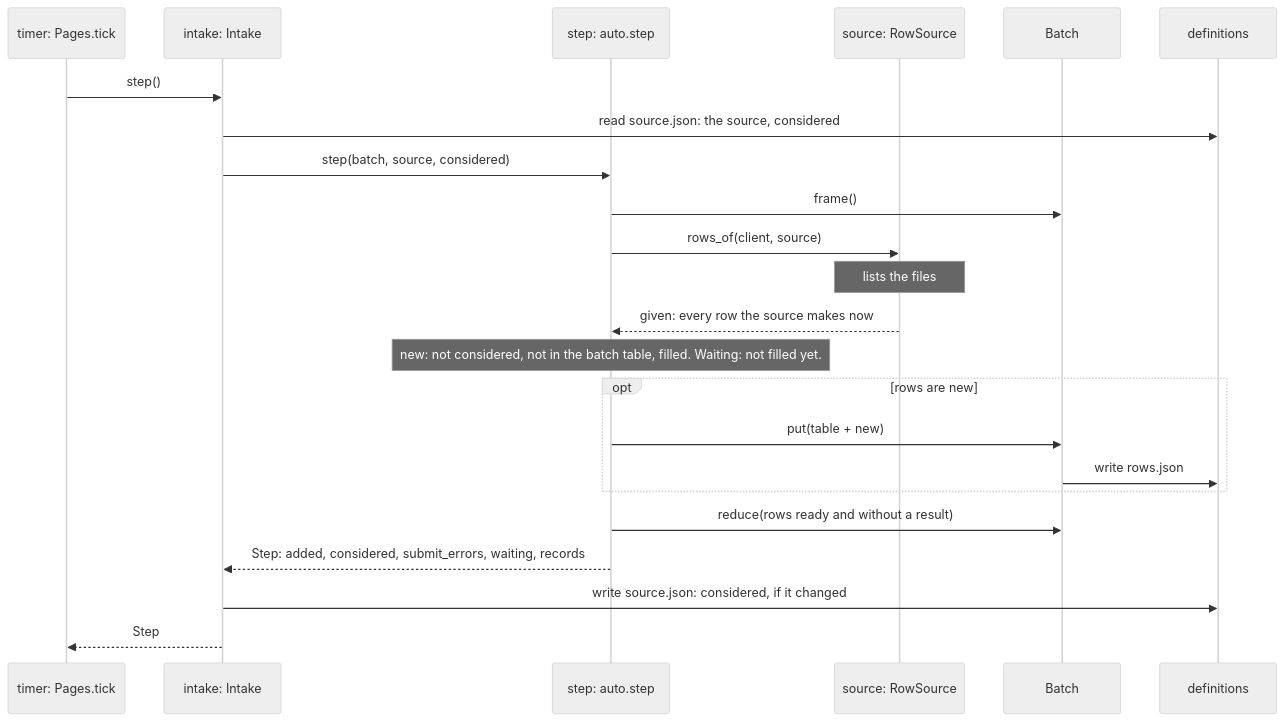
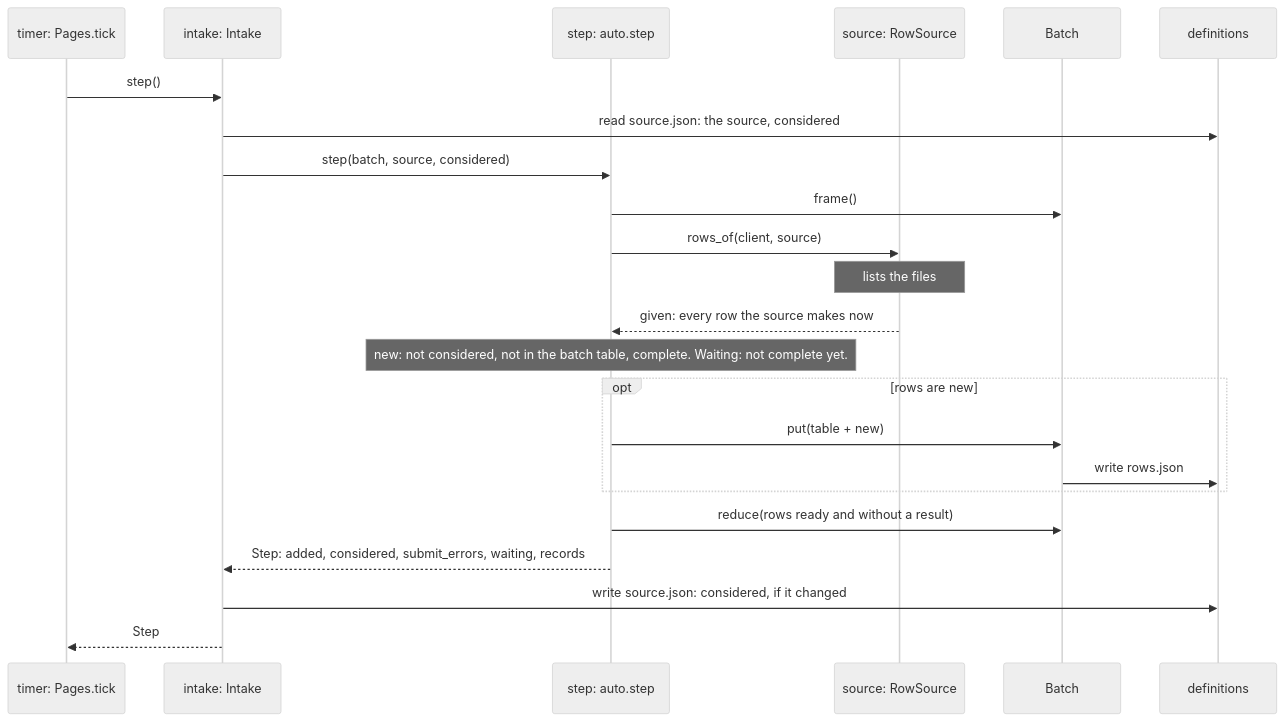
One commit to scipp/essapps changed the fifth of 5 diagrams in packages/essbatch/docs/batch.md. Above: the diagram before and after it, drawn with Mermaid (neutral theme). The commit also changed other lines of this file and 19 other files, not shown here.

Commit message:
Rename source.filled to complete, and a filled row of a source to complete

````diff
--- a/packages/essbatch/docs/batch.md
+++ b/packages/essbatch/docs/batch.md
@@ -582,25 +582,25 @@
 ```mermaid
 sequenceDiagram
     participant timer as timer: Pages.tick
     participant intake as intake: Intake
     participant step as step: auto.step
     participant source as source: RowSource
     participant batch as Batch
     participant definitions
     timer->>intake: step()
     intake->>definitions: read source.json: the source, considered
     intake->>step: step(batch, source, considered)
     step->>batch: frame()
     step->>source: rows_of(client, source)
     Note over source: lists the files
     source-->>step: given: every row the source makes now
-    Note over step: new: not considered, not in the batch table, filled. Waiting: not filled yet.
+    Note over step: new: not considered, not in the batch table, complete. Waiting: not complete yet.
     opt rows are new
         step->>batch: put(table + new)
         batch->>definitions: write rows.json
     end
     step->>batch: reduce(rows ready and without a result)
     step-->>intake: Step: added, considered, submit_errors, waiting, records
     intake->>definitions: write source.json: considered, if it changed
     intake-->>timer: Step
 ```
````
